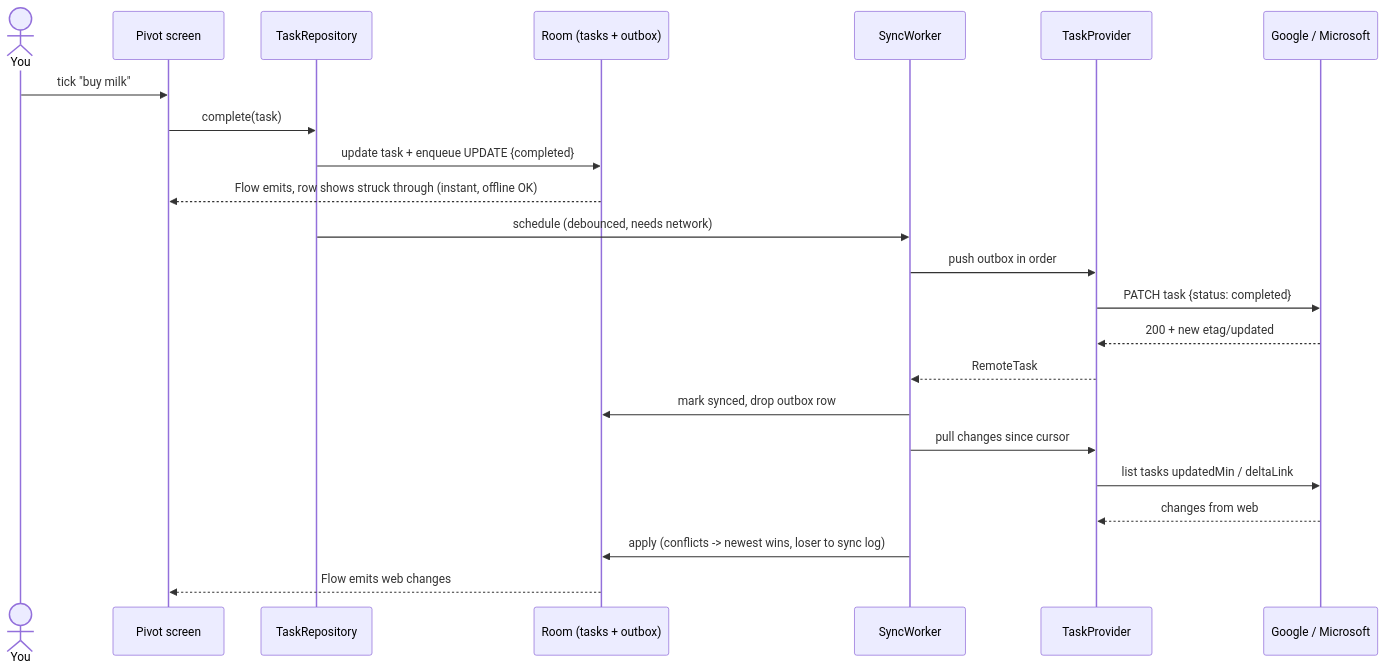
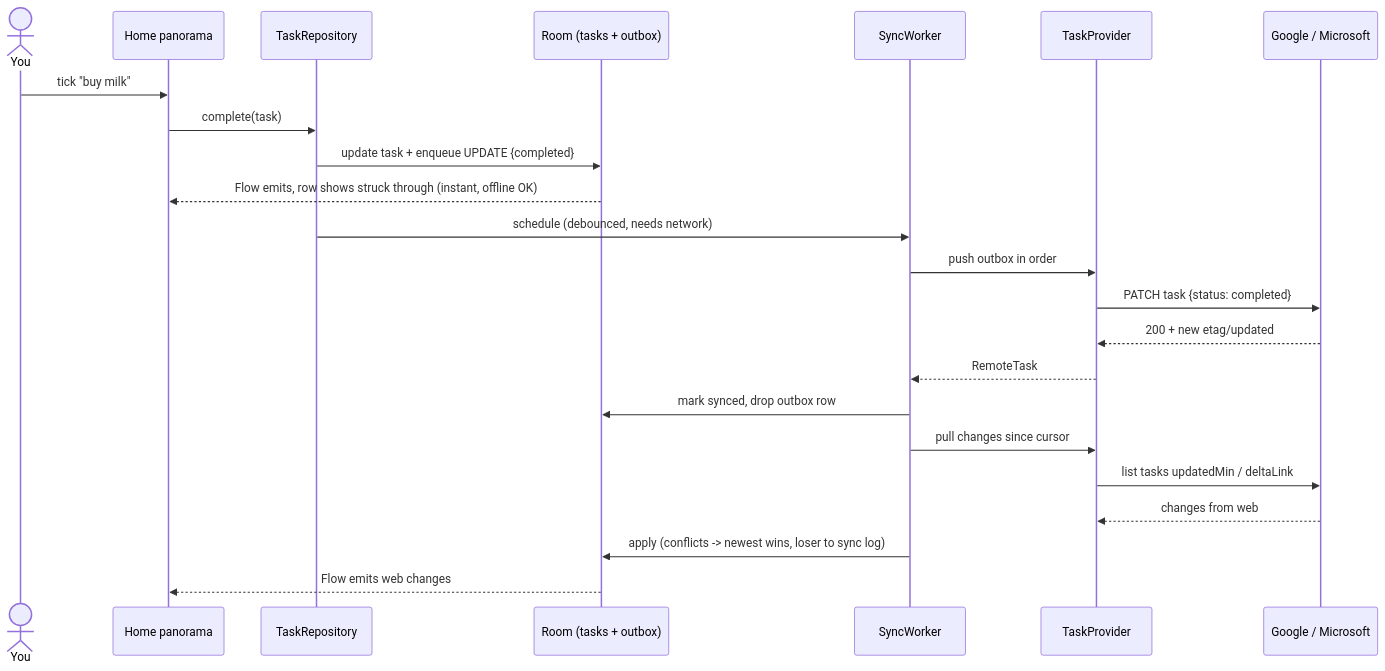
The second of 4 diagrams in specs/001-metro-todo-app/plan.md (samekh248/duenorthtasks), drawn with Mermaid before and after one commit. The commit also changed other lines of this file and 9 other files, not shown here.

````diff
--- a/specs/001-metro-todo-app/plan.md
+++ b/specs/001-metro-todo-app/plan.md
@@ -57,26 +61,26 @@
 ```mermaid
 sequenceDiagram
     actor You
-    participant UI as Pivot screen
+    participant UI as Home panorama
     participant Repo as TaskRepository
     participant DB as Room (tasks + outbox)
     participant W as SyncWorker
     participant P as TaskProvider
     participant R as Google / Microsoft
 
     You->>UI: tick "buy milk"
     UI->>Repo: complete(task)
     Repo->>DB: update task + enqueue UPDATE {completed}
     DB-->>UI: Flow emits, row shows struck through (instant, offline OK)
     Repo->>W: schedule (debounced, needs network)
     W->>P: push outbox in order
     P->>R: PATCH task {status: completed}
     R-->>P: 200 + new etag/updated
     P-->>W: RemoteTask
     W->>DB: mark synced, drop outbox row
     W->>P: pull changes since cursor
     P->>R: list tasks updatedMin / deltaLink
     R-->>P: changes from web
     W->>DB: apply (conflicts -> newest wins, loser to sync log)
     DB-->>UI: Flow emits web changes
 ```
````
